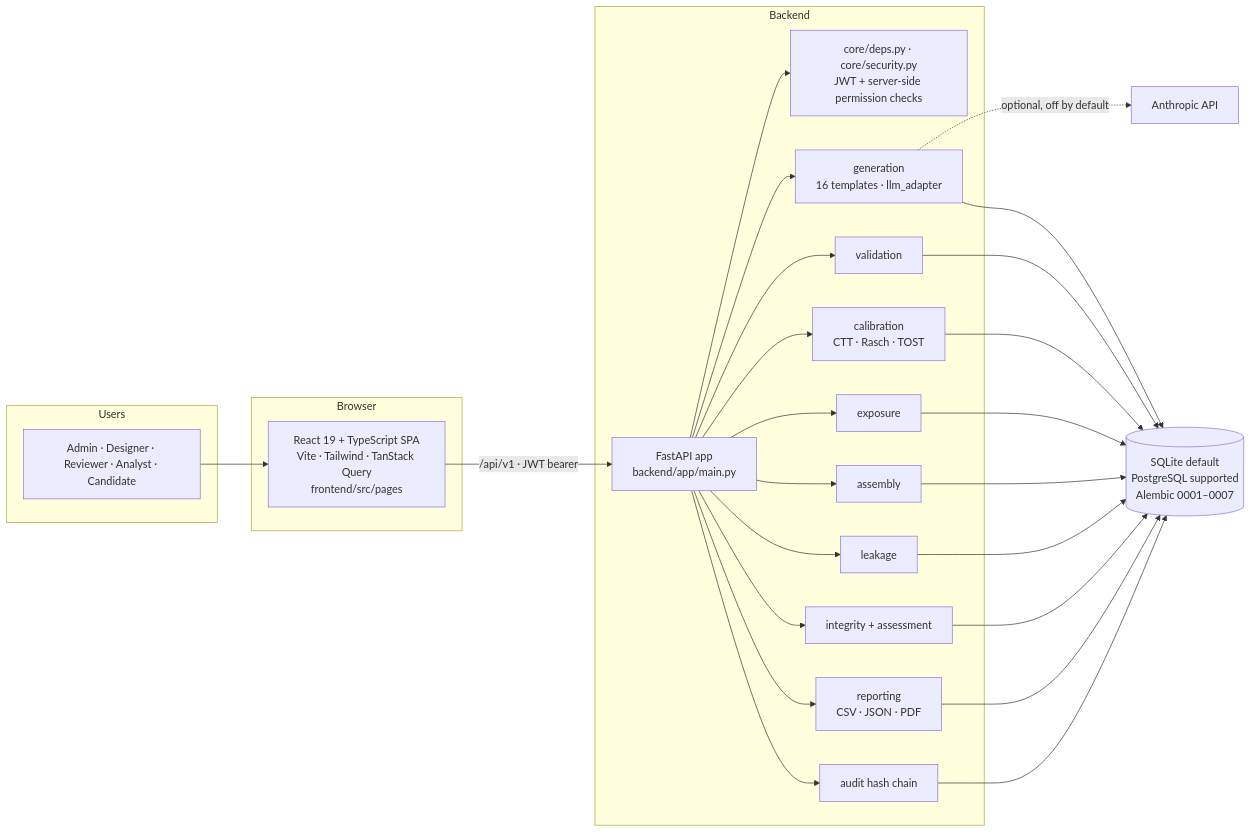
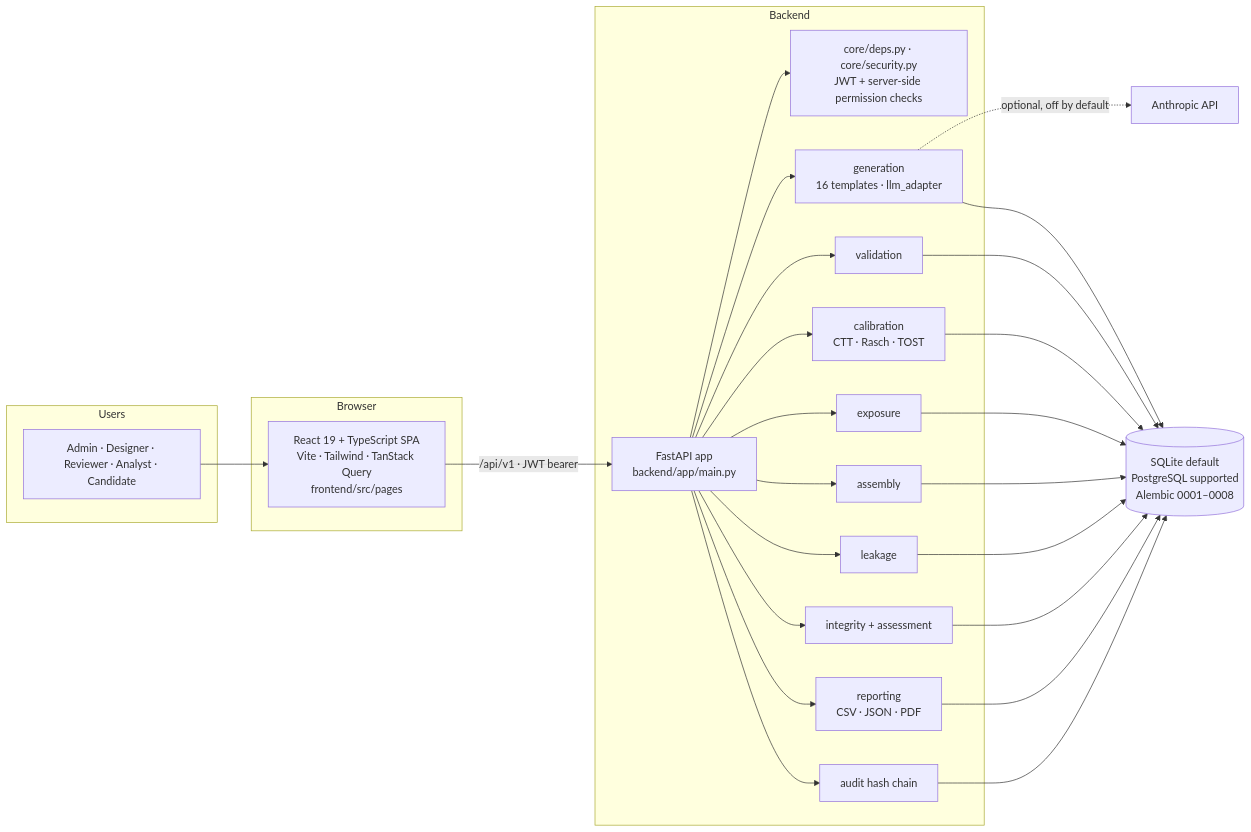
One commit to shauryasinghal/deviathon-aptiguard-ai changed the first of 2 diagrams in README.md. Above: the diagram before and after it, drawn with Mermaid. The commit also changed other lines of this file and 35 other files, not shown here.

````diff
--- a/README.md
+++ b/README.md
@@ -129,25 +130,25 @@
 ```mermaid
 flowchart LR
   subgraph Users
     ROLES["Admin · Designer · Reviewer · Analyst · Candidate"]
   end
   subgraph Browser
     UI["React 19 + TypeScript SPA<br/>Vite · Tailwind · TanStack Query<br/>frontend/src/pages"]
   end
   ROLES --> UI
   UI -- "/api/v1 · JWT bearer" --> API["FastAPI app<br/>backend/app/main.py"]
   subgraph Backend
     API --> AUTH["core/deps.py · core/security.py<br/>JWT + server-side permission checks"]
     API --> GEN["generation<br/>16 templates · llm_adapter"]
     API --> VAL["validation"]
     API --> CAL["calibration<br/>CTT · Rasch · TOST"]
     API --> EXP["exposure"]
     API --> ASM["assembly"]
     API --> LEAK["leakage"]
     API --> INT["integrity + assessment"]
     API --> REP["reporting<br/>CSV · JSON · PDF"]
     API --> AUD["audit hash chain"]
   end
   GEN -. "optional, off by default" .-> LLM["Anthropic API"]
-  GEN & VAL & CAL & EXP & ASM & LEAK & INT & REP & AUD --> DB[("SQLite default<br/>PostgreSQL supported<br/>Alembic 0001–0007")]
+  GEN & VAL & CAL & EXP & ASM & LEAK & INT & REP & AUD --> DB[("SQLite default<br/>PostgreSQL supported<br/>Alembic 0001–0008")]
 ```
````
